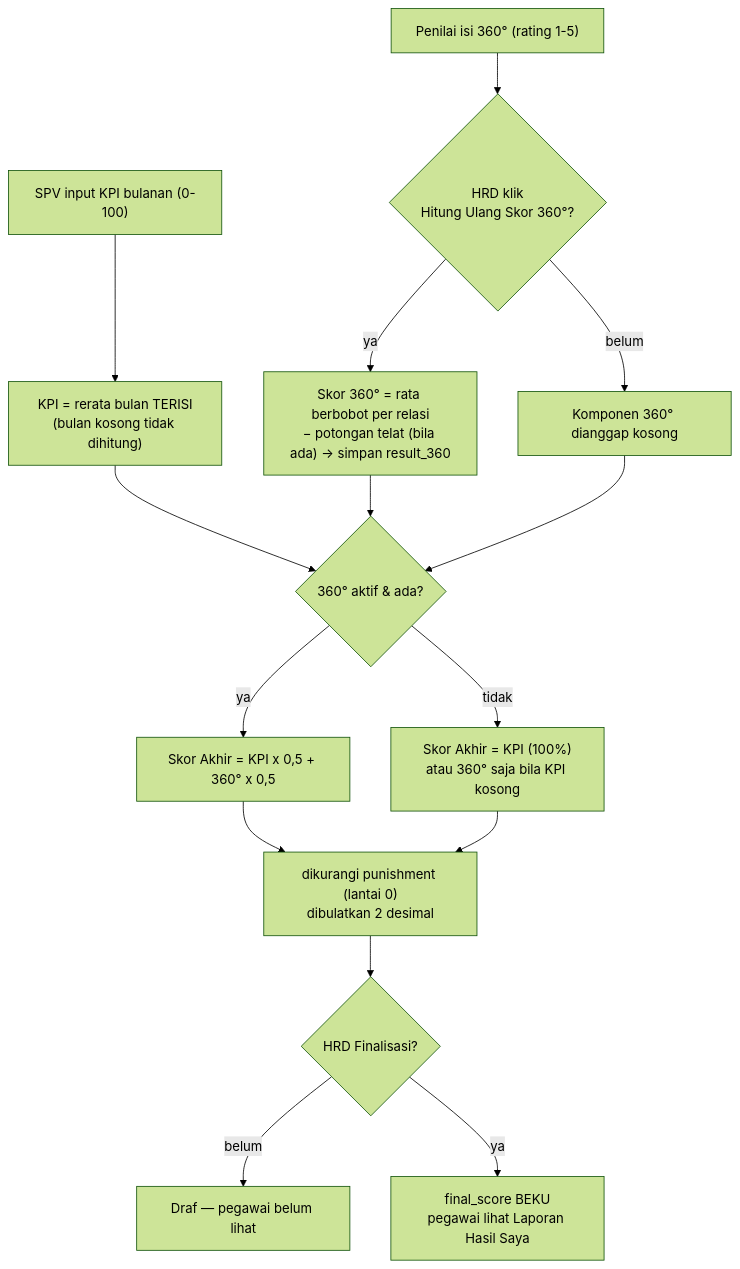
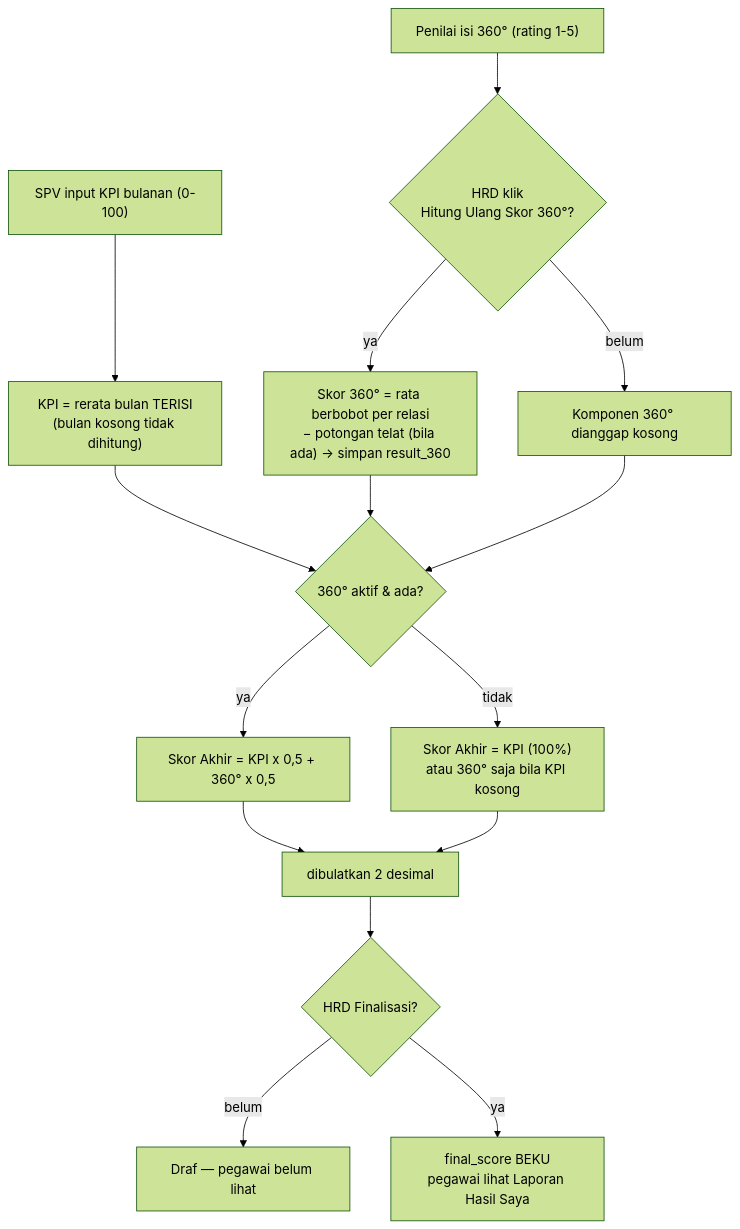
One commit to infarmcorp/infarm-360 changed the third of 6 diagrams in docs/panduan/CARA-PENGGUNAAN.md. Above: the diagram before and after it, drawn with Mermaid (forest theme). The commit also changed other lines of this file and 38 other files, not shown here.

````diff
--- a/docs/panduan/CARA-PENGGUNAAN.md
+++ b/docs/panduan/CARA-PENGGUNAAN.md
@@ -1077,17 +1072,17 @@
 ```mermaid
 flowchart TD
     A["SPV input KPI bulanan (0-100)"] --> B["KPI = rerata bulan TERISI<br/>(bulan kosong tidak dihitung)"]
     C["Penilai isi 360° (rating 1-5)"] --> D{"HRD klik<br/>Hitung Ulang Skor 360°?"}
     D -- "belum" --> D0["Komponen 360° dianggap kosong"]
     D -- "ya" --> E["Skor 360° = rata berbobot per relasi<br/>− potongan telat (bila ada) → simpan result_360"]
     B --> F{"360° aktif & ada?"}
     E --> F
     D0 --> F
     F -- "ya" --> G["Skor Akhir = KPI x 0,5 + 360° x 0,5"]
     F -- "tidak" --> H["Skor Akhir = KPI (100%)<br/>atau 360° saja bila KPI kosong"]
-    G --> I["dikurangi punishment (lantai 0)<br/>dibulatkan 2 desimal"]
+    G --> I["dibulatkan 2 desimal"]
     H --> I
     I --> J{"HRD Finalisasi?"}
     J -- "belum" --> L["Draf — pegawai belum lihat"]
     J -- "ya" --> K["final_score BEKU<br/>pegawai lihat Laporan Hasil Saya"]
 ```
````
